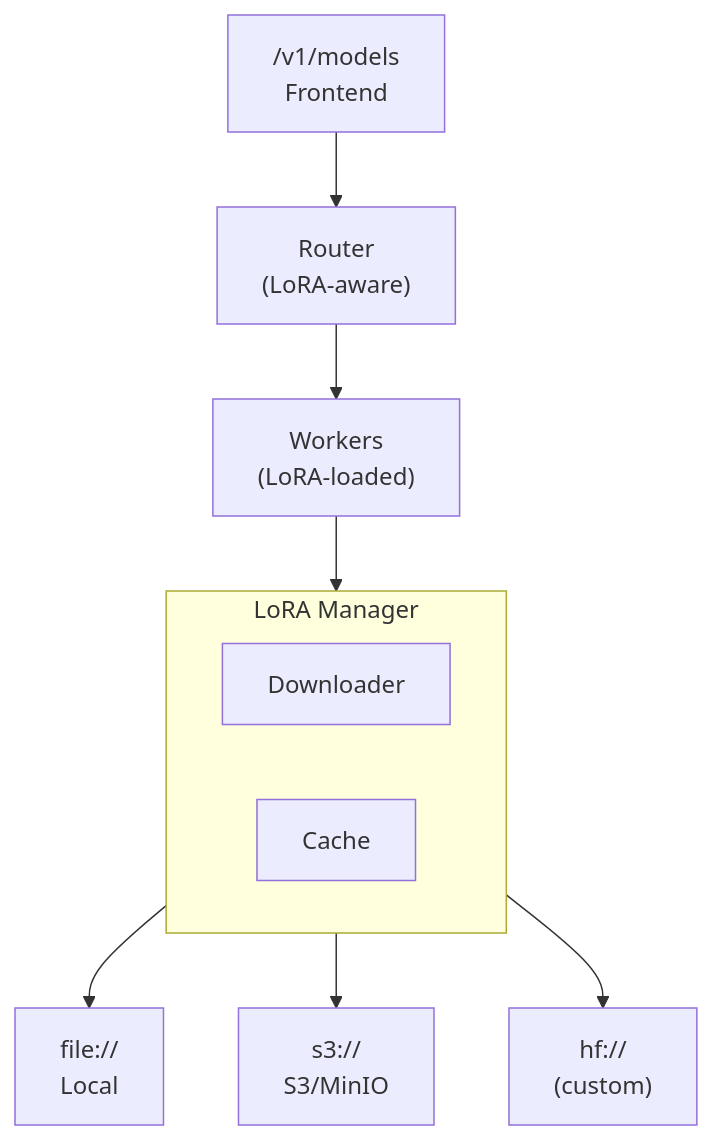
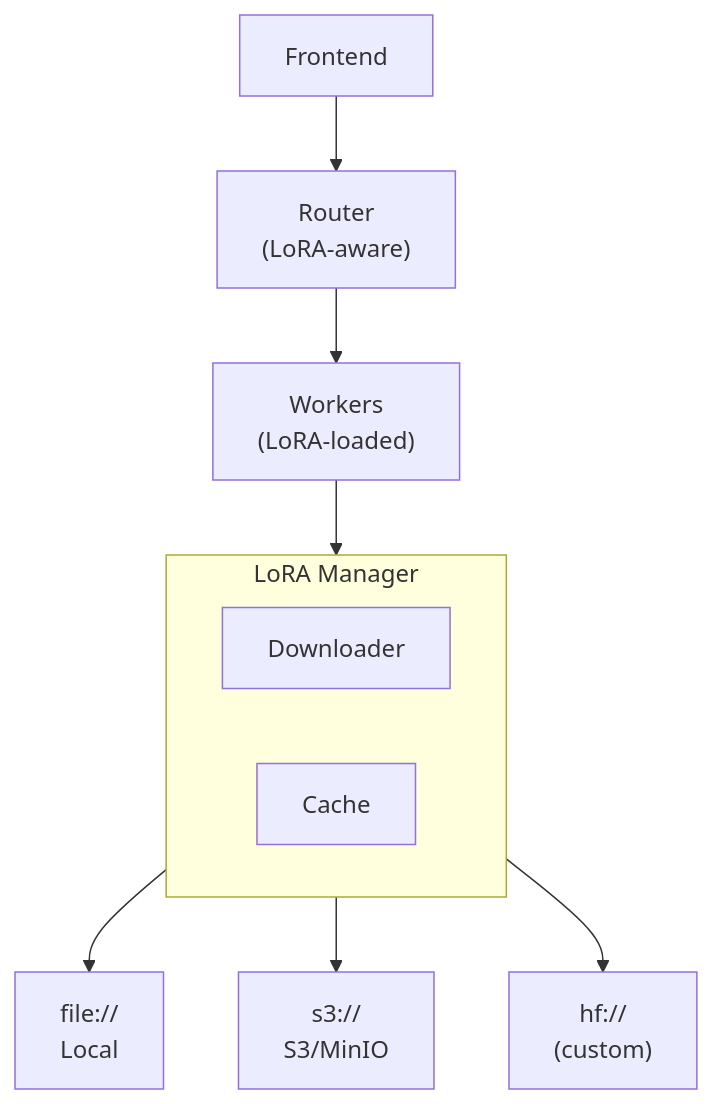
One commit to ai-dynamo/dynamo changed the diagram in docs/features/lora/README.md. Above: the diagram before and after it, drawn with Mermaid. The commit also changed 8 other files, not shown here.

````diff
--- a/docs/features/lora/README.md
+++ b/docs/features/lora/README.md
@@ -33,15 +33,15 @@
 ```mermaid
 flowchart TD
-    Frontend["/v1/models<br/>Frontend"] --> Router["Router<br/>(LoRA-aware)"]
+    Frontend["Frontend"] --> Router["Router<br/>(LoRA-aware)"]
     Router --> Workers["Workers<br/>(LoRA-loaded)"]
     Workers --> Manager["LoRA Manager"]
 
     subgraph Manager["LoRA Manager"]
         Downloader
         Cache
     end
 
     Manager --> Local["file://<br/>Local"]
     Manager --> S3["s3://<br/>S3/MinIO"]
     Manager --> HF["hf://<br/>(custom)"]
 ```
````
